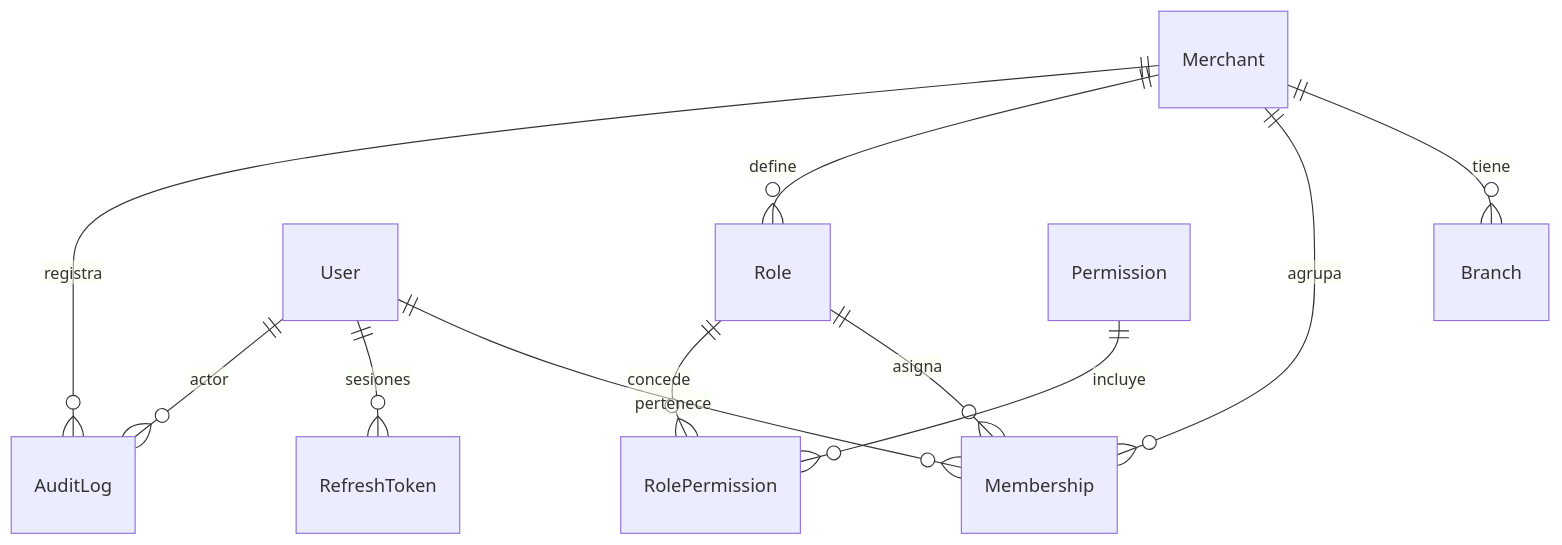
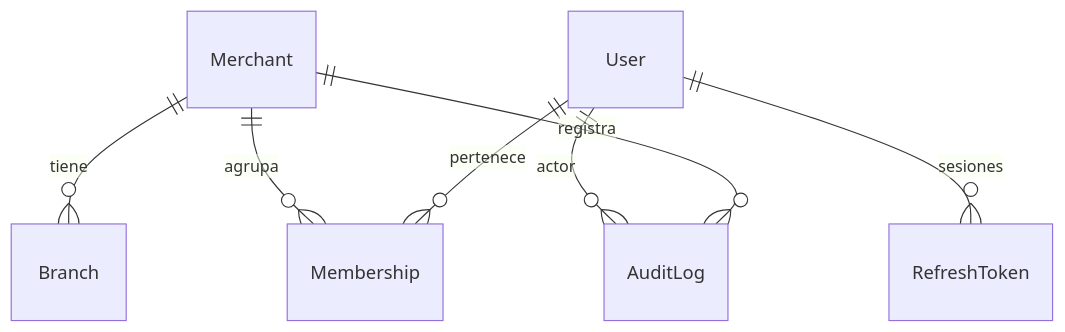
The first of 3 diagrams in docs/database/data-model.md (rubenvasq/PostAi), drawn with Mermaid before and after one commit. The commit also changed other lines of this file and 92 other files, not shown here.

````diff
--- a/docs/database/data-model.md
+++ b/docs/database/data-model.md
@@ -79,13 +84,9 @@
 ```mermaid
 erDiagram
     Merchant ||--o{ Branch : "tiene"
     Merchant ||--o{ Membership : "agrupa"
     User ||--o{ Membership : "pertenece"
-    Role ||--o{ Membership : "asigna"
-    Merchant ||--o{ Role : "define"
-    Role ||--o{ RolePermission : "concede"
-    Permission ||--o{ RolePermission : "incluye"
     User ||--o{ RefreshToken : "sesiones"
     User ||--o{ AuditLog : "actor"
     Merchant ||--o{ AuditLog : "registra"
 ```
````
